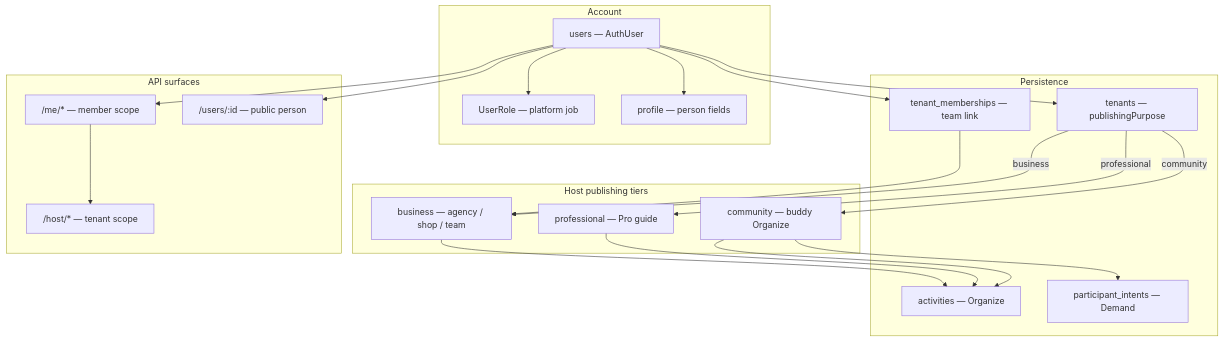
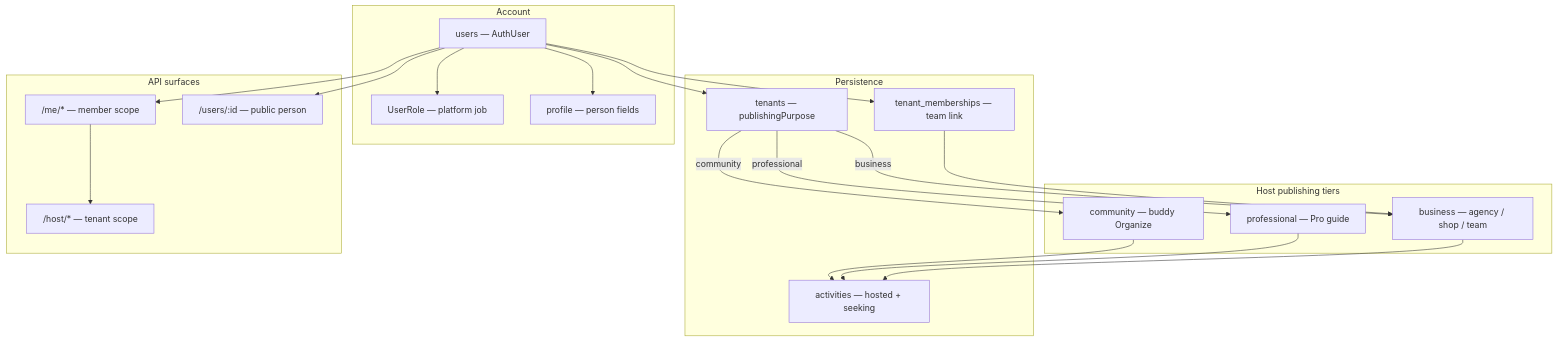
One commit to rajpurchasync/UAEtrail changed the diagram in docs/MEMBER_MODEL.md. Above: the diagram before and after it, drawn with Mermaid. The commit also changed other lines of this file and 234 other files, not shown here.

````diff
--- a/docs/MEMBER_MODEL.md
+++ b/docs/MEMBER_MODEL.md
@@ -50,43 +50,41 @@
 ```mermaid
 flowchart TB
   subgraph account [Account]
     U[users — AuthUser]
     UR[UserRole — platform job]
     UP[profile — person fields]
   end
 
   subgraph tiers [Host publishing tiers]
     C[community — buddy Organize]
     P[professional — Pro guide]
     B[business — agency / shop / team]
   end
 
   subgraph storage [Persistence]
     T[tenants — publishingPurpose]
     TM[tenant_memberships — team link]
-    A[activities — Organize]
-    PI[participant_intents — Demand]
+    A[activities — hosted + seeking]
   end
 
   subgraph api [API surfaces]
     ME["/me/* — member scope"]
     HOST["/host/* — tenant scope"]
     PUB["/users/:id — public person"]
   end
 
   U --> UP
   U --> UR
   U --> TM
   U --> T
   T -->|community| C
   T -->|professional| P
   T -->|business| B
   TM --> B
   C --> A
-  C --> PI
   P --> A
   B --> A
   ME --> HOST
   U --> ME
   U --> PUB
 ```
````
